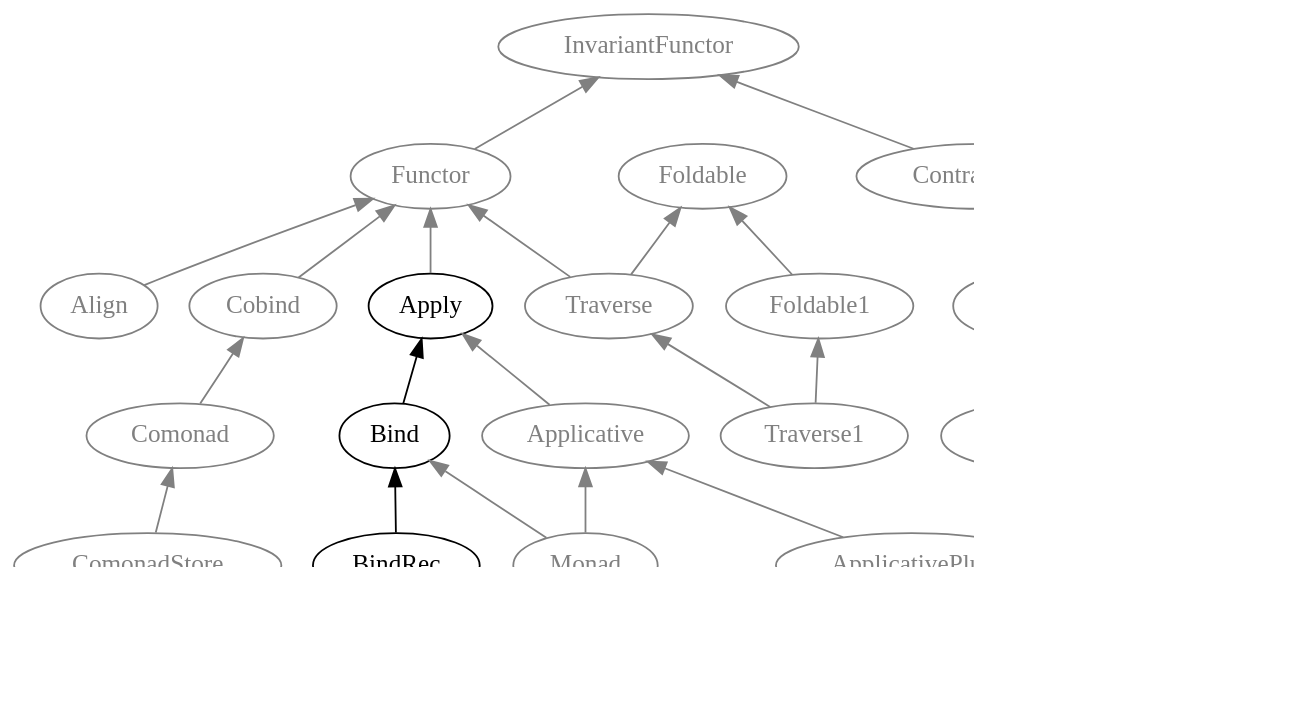
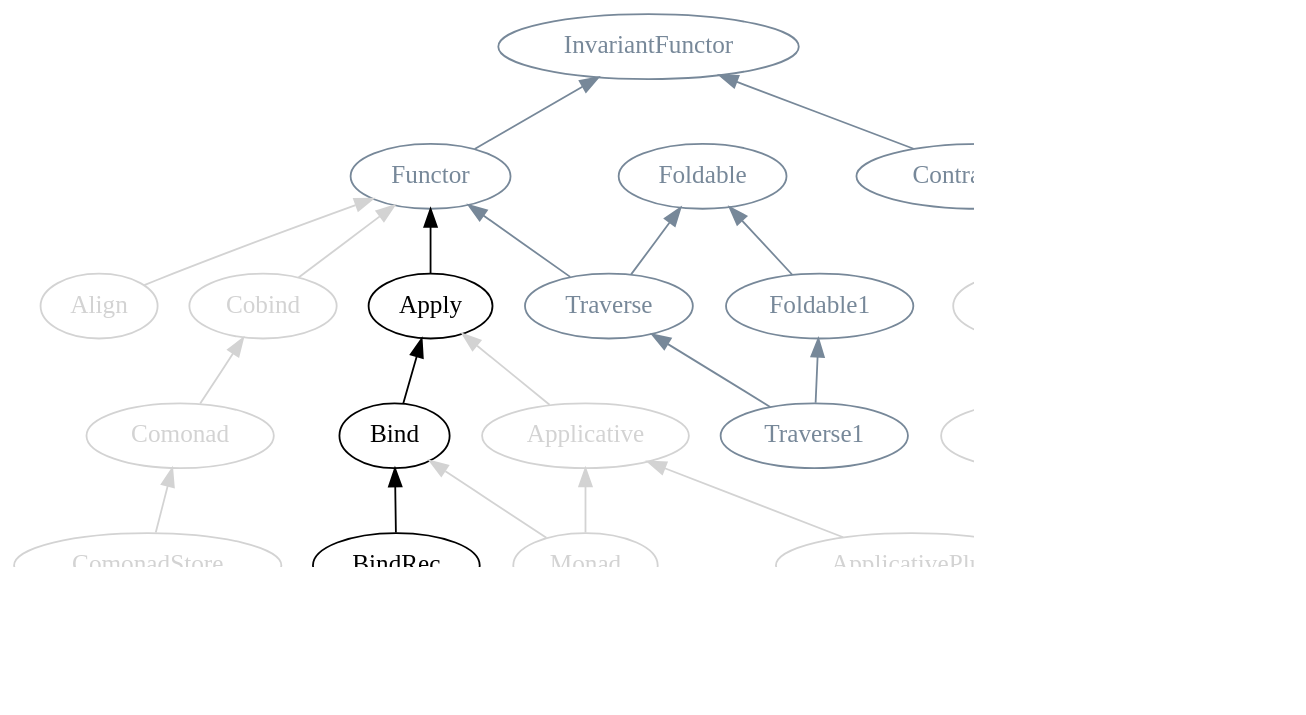
Before and after one commit to fommil/fpmortals: the ninth of 10 diagrams in manuscript/book.org, drawn with Graphviz. The commit also changed other lines of this file and 4 other files, not shown here.

Commit message:
really anal colouring of the dot graphs

```diff
--- a/manuscript/book.org
+++ b/manuscript/book.org
@@ -4322,55 +4338,67 @@
 #+BEGIN_SRC dot :file images/scalaz-apply.png :exports results
 digraph G {
     graph [dpi=100, rankdir=BT];
     node [fontname=Hack];
+    node [fontcolor=lightgray,color=lightgray];
+    edge [color=lightgray]
 
-    subgraph {
-      node [fontcolor=grey,color=grey];
-      edge [color=grey];
+    Bind [fontcolor=black,color=black];
+    Apply [fontcolor=black,color=black];
+    BindRec [fontcolor=black,color=black];
+    Contravariant [fontcolor=lightslategray,color=lightslategray];
+    Functor [fontcolor=lightslategray,color=lightslategray];
+    InvariantFunctor [fontcolor=lightslategray,color=lightslategray];
+    Functor;
+    Divide;
+    Divisible;
+    Apply;
+    Applicative;
+    Foldable1 [fontcolor=lightslategray,color=lightslategray];
+    Foldable [fontcolor=lightslategray,color=lightslategray];
+    Traverse [fontcolor=lightslategray,color=lightslategray];
+    Traverse1 [fontcolor=lightslategray,color=lightslategray];
+    Monad;
+    "Advanced Monads" [style=dashed];
+    Cobind;
+    Comonad;
+    PlusEmpty;
+    IsEmpty;
+    ApplicativePlus;
+    ComonadStore;
+    Align;
 
-      Bind [fontcolor=black,color=black];
-      Apply [fontcolor=black,color=black];
-      BindRec [fontcolor=black,color=black];
+    Bind -> Apply [color=black];
+    BindRec -> Bind [color=black];
 
-      Contravariant -> InvariantFunctor;
-      Functor -> InvariantFunctor;
+    Contravariant -> InvariantFunctor [color=lightslategray];
+    Functor -> InvariantFunctor [color=lightslategray];
 
-      Divide -> Contravariant;
-      Divisible -> Divide;
-      Apply -> Functor;
-      Applicative -> Apply;
+    Divide -> Contravariant;
+    Divisible -> Divide;
+    Apply -> Functor [color=black];
+    Applicative -> Apply;
 
-      Foldable1 -> Foldable;
-      Traverse -> Functor;
-      Traverse -> Foldable;
-      Traverse1 -> Traverse;
-      Traverse1 -> Foldable1;
+    Foldable1 -> Foldable [color=lightslategray];
+    Traverse -> Functor [color=lightslategray];
+    Traverse -> Foldable [color=lightslategray];
+    Traverse1 -> Traverse [color=lightslategray];
+    Traverse1 -> Foldable1 [color=lightslategray];
 
-      Monad -> Applicative;
+    Monad -> Applicative;
+    "Advanced Monads" -> Monad;
+    Monad -> Bind;
+ 
+    Cobind -> Functor;
+    Comonad -> Cobind;
 
-      "Advanced Monads" [style=dashed];
-      "Advanced Monads" -> Monad;
+    PlusEmpty -> Plus;
+    IsEmpty -> PlusEmpty;
 
-      Monad -> Bind;
+    ApplicativePlus -> Applicative;
+    ApplicativePlus -> PlusEmpty;
 
-      Cobind -> Functor;
-      Comonad -> Cobind;
+    ComonadStore -> Comonad;
 
-      PlusEmpty -> Plus;
-      IsEmpty -> PlusEmpty;
-
-      ApplicativePlus -> Applicative;
-      ApplicativePlus -> PlusEmpty;
-
-      ComonadStore -> Comonad;
-
-      Align -> Functor;
-    }
-
-    subgraph mappable {
-      Bind -> Apply;
-      BindRec -> Bind;
-    }
-
+    Align -> Functor;
 }
 #+END_SRC
```
